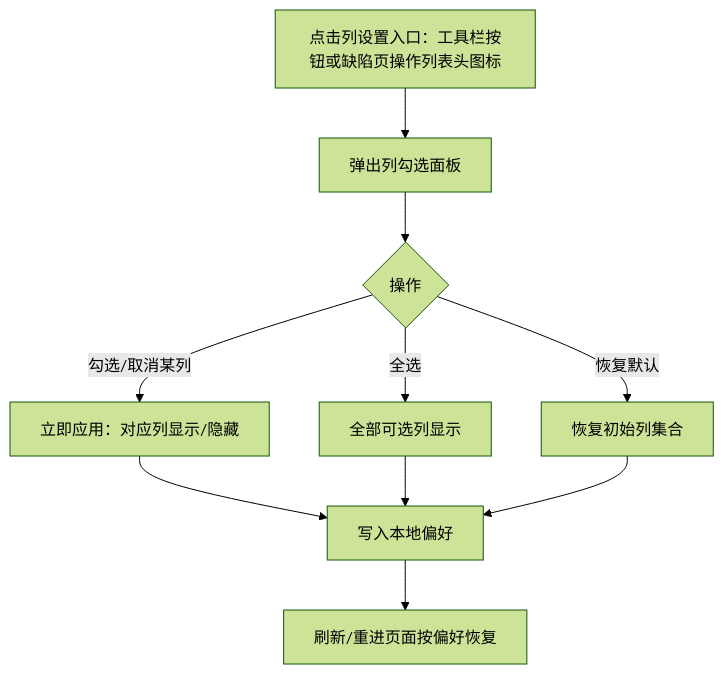
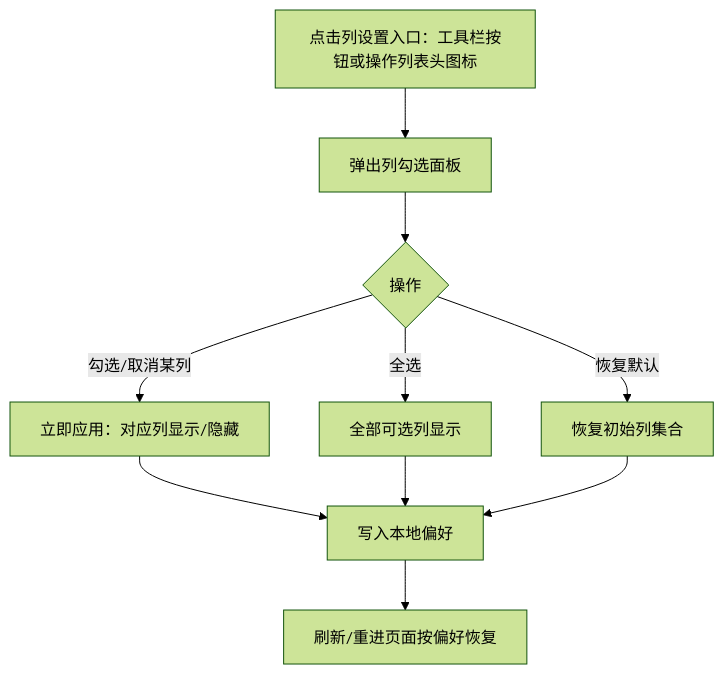
The diagram in docs/05-interaction-design/04-table-column-settings.md (XiaoMiSum/robotest), drawn with Mermaid (forest theme) before and after one commit. The commit also changed other lines of this file and 1 other file, not shown here.

````diff
--- a/docs/05-interaction-design/04-table-column-settings.md
+++ b/docs/05-interaction-design/04-table-column-settings.md
@@ -35,12 +37,12 @@
 ```mermaid
 flowchart TD
-    A[点击列设置入口：工具栏按钮或缺陷页操作列表头图标] --> B[弹出列勾选面板]
+    A[点击列设置入口：工具栏按钮或操作列表头图标] --> B[弹出列勾选面板]
     B --> C{操作}
     C -->|勾选/取消某列| D[立即应用：对应列显示/隐藏]
     C -->|全选| E[全部可选列显示]
     C -->|恢复默认| F[恢复初始列集合]
     D --> G[写入本地偏好]
     E --> G
     F --> G
     G --> H[刷新/重进页面按偏好恢复]
 ```
````
